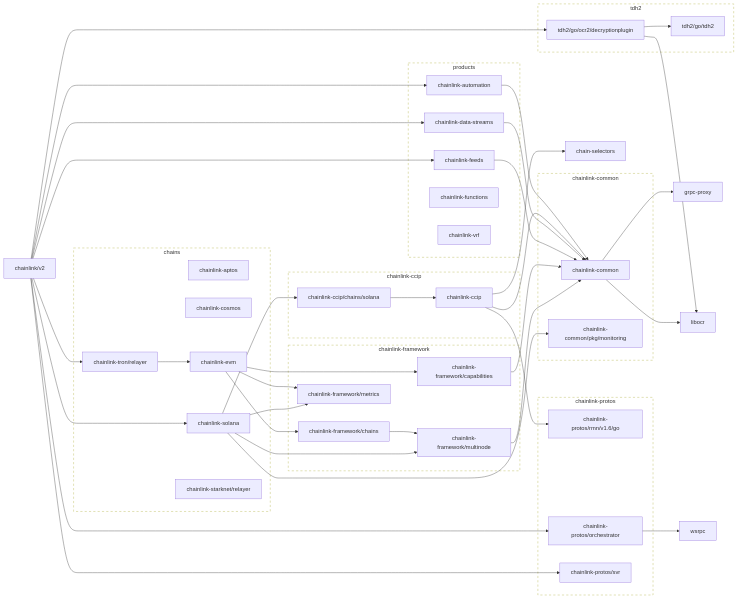
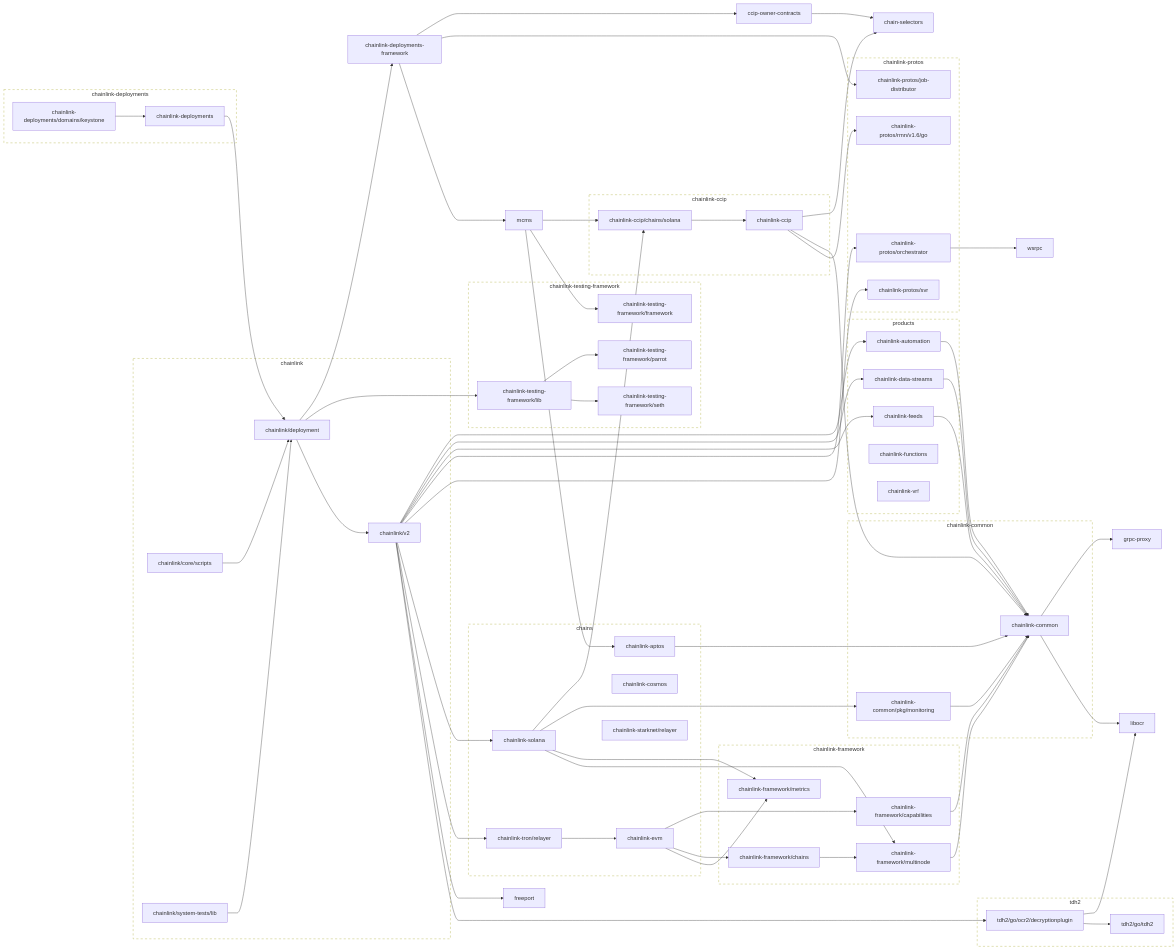
One commit to smartcontractkit/chainlink changed the first of 2 diagrams in go.md. Above: the diagram before and after it, drawn with Mermaid. The commit also changed other lines of this file and 15 other files, not shown here.

````diff
--- a/go.md
+++ b/go.md
@@ -22,8 +22,12 @@
   classDef group stroke-dasharray:6,fill:none;
   class chains,products group
 
+	ccip-owner-contracts --> chain-selectors
+	click ccip-owner-contracts href "https://github.com/smartcontractkit/ccip-owner-contracts"
 	chain-selectors
 	click chain-selectors href "https://github.com/smartcontractkit/chain-selectors"
+	chainlink-aptos --> chainlink-common
+	click chainlink-aptos href "https://github.com/smartcontractkit/chainlink-aptos"
 	chainlink-automation --> chainlink-common
 	click chainlink-automation href "https://github.com/smartcontractkit/chainlink-automation"
 	chainlink-ccip --> chain-selectors
@@ -35,10 +39,18 @@
 	chainlink-common --> grpc-proxy
 	chainlink-common --> libocr
 	click chainlink-common href "https://github.com/smartcontractkit/chainlink-common"
-	chainlink-common/pkg/monitoring
+	chainlink-common/pkg/monitoring --> chainlink-common
 	click chainlink-common/pkg/monitoring href "https://github.com/smartcontractkit/chainlink-common"
 	chainlink-data-streams --> chainlink-common
 	click chainlink-data-streams href "https://github.com/smartcontractkit/chainlink-data-streams"
+	chainlink-deployments --> chainlink/deployment
+	click chainlink-deployments href "https://github.com/smartcontractkit/chainlink-deployments"
+	chainlink-deployments-framework --> ccip-owner-contracts
+	chainlink-deployments-framework --> chainlink-protos/job-distributor
+	chainlink-deployments-framework --> mcms
+	click chainlink-deployments-framework href "https://github.com/smartcontractkit/chainlink-deployments-framework"
+	chainlink-deployments/domains/keystone --> chainlink-deployments
+	click chainlink-deployments/domains/keystone href "https://github.com/smartcontractkit/chainlink-deployments"
 	chainlink-evm --> chainlink-framework/capabilities
 	chainlink-evm --> chainlink-framework/chains
 	chainlink-evm --> chainlink-framework/metrics
@@ -53,6 +65,8 @@
 	click chainlink-framework/metrics href "https://github.com/smartcontractkit/chainlink-framework"
 	chainlink-framework/multinode --> chainlink-common
 	click chainlink-framework/multinode href "https://github.com/smartcontractkit/chainlink-framework"
+	chainlink-protos/job-distributor
+	click chainlink-protos/job-distributor href "https://github.com/smartcontractkit/chainlink-protos"
 	chainlink-protos/orchestrator --> wsrpc
 	click chainlink-protos/orchestrator href "https://github.com/smartcontractkit/chainlink-protos"
 	chainlink-protos/rmn/v1.6/go
@@ -64,8 +78,25 @@
 	chainlink-solana --> chainlink-framework/metrics
 	chainlink-solana --> chainlink-framework/multinode
 	click chainlink-solana href "https://github.com/smartcontractkit/chainlink-solana"
+	chainlink-testing-framework/framework
+	click chainlink-testing-framework/framework href "https://github.com/smartcontractkit/chainlink-testing-framework"
+	chainlink-testing-framework/lib --> chainlink-testing-framework/parrot
+	chainlink-testing-framework/lib --> chainlink-testing-framework/seth
+	click chainlink-testing-framework/lib href "https://github.com/smartcontractkit/chainlink-testing-framework"
+	chainlink-testing-framework/parrot
+	click chainlink-testing-framework/parrot href "https://github.com/smartcontractkit/chainlink-testing-framework"
+	chainlink-testing-framework/seth
+	click chainlink-testing-framework/seth href "https://github.com/smartcontractkit/chainlink-testing-framework"
 	chainlink-tron/relayer --> chainlink-evm
 	click chainlink-tron/relayer href "https://github.com/smartcontractkit/chainlink-tron"
+	chainlink/core/scripts --> chainlink/deployment
+	click chainlink/core/scripts href "https://github.com/smartcontractkit/chainlink"
+	chainlink/deployment --> chainlink-deployments-framework
+	chainlink/deployment --> chainlink-testing-framework/lib
+	chainlink/deployment --> chainlink/v2
+	click chainlink/deployment href "https://github.com/smartcontractkit/chainlink"
+	chainlink/system-tests/lib --> chainlink/deployment
+	click chainlink/system-tests/lib href "https://github.com/smartcontractkit/chainlink"
 	chainlink/v2 --> chainlink-automation
 	chainlink/v2 --> chainlink-data-streams
 	chainlink/v2 --> chainlink-feeds
@@ -73,12 +104,19 @@
 	chainlink/v2 --> chainlink-protos/svr
 	chainlink/v2 --> chainlink-solana
 	chainlink/v2 --> chainlink-tron/relayer
+	chainlink/v2 --> freeport
 	chainlink/v2 --> tdh2/go/ocr2/decryptionplugin
 	click chainlink/v2 href "https://github.com/smartcontractkit/chainlink"
+	freeport
+	click freeport href "https://github.com/smartcontractkit/freeport"
 	grpc-proxy
 	click grpc-proxy href "https://github.com/smartcontractkit/grpc-proxy"
 	libocr
 	click libocr href "https://github.com/smartcontractkit/libocr"
+	mcms --> chainlink-aptos
+	mcms --> chainlink-ccip/chains/solana
+	mcms --> chainlink-testing-framework/framework
+	click mcms href "https://github.com/smartcontractkit/mcms"
 	tdh2/go/ocr2/decryptionplugin --> libocr
 	tdh2/go/ocr2/decryptionplugin --> tdh2/go/tdh2
 	click tdh2/go/ocr2/decryptionplugin href "https://github.com/smartcontractkit/tdh2"
@@ -86,6 +124,14 @@
 	click tdh2/go/tdh2 href "https://github.com/smartcontractkit/tdh2"
 	wsrpc
 	click wsrpc href "https://github.com/smartcontractkit/wsrpc"
+
+	subgraph chainlink-repo[chainlink]
+		 chainlink/core/scripts
+		 chainlink/deployment
+		 chainlink/system-tests/lib
+		 chainlink/v2
+	end
+	click chainlink-repo href "https://github.com/smartcontractkit/chainlink"
 
 	subgraph chainlink-ccip-repo[chainlink-ccip]
 		 chainlink-ccip
@@ -99,6 +145,12 @@
 	end
 	click chainlink-common-repo href "https://github.com/smartcontractkit/chainlink-common"
 
+	subgraph chainlink-deployments-repo[chainlink-deployments]
+		 chainlink-deployments
+		 chainlink-deployments/domains/keystone
+	end
+	click chainlink-deployments-repo href "https://github.com/smartcontractkit/chainlink-deployments"
+
 	subgraph chainlink-framework-repo[chainlink-framework]
 		 chainlink-framework/capabilities
 		 chainlink-framework/chains
@@ -108,11 +160,20 @@
 	click chainlink-framework-repo href "https://github.com/smartcontractkit/chainlink-framework"
 
 	subgraph chainlink-protos-repo[chainlink-protos]
+		 chainlink-protos/job-distributor
 		 chainlink-protos/orchestrator
 		 chainlink-protos/rmn/v1.6/go
 		 chainlink-protos/svr
 	end
 	click chainlink-protos-repo href "https://github.com/smartcontractkit/chainlink-protos"
+
+	subgraph chainlink-testing-framework-repo[chainlink-testing-framework]
+		 chainlink-testing-framework/framework
+		 chainlink-testing-framework/lib
+		 chainlink-testing-framework/parrot
+		 chainlink-testing-framework/seth
+	end
+	click chainlink-testing-framework-repo href "https://github.com/smartcontractkit/chainlink-testing-framework"
 
 	subgraph tdh2-repo[tdh2]
 		 tdh2/go/ocr2/decryptionplugin
@@ -121,5 +182,5 @@
 	click tdh2-repo href "https://github.com/smartcontractkit/tdh2"
 
 	classDef outline stroke-dasharray:6,fill:none;
-	class chainlink-ccip-repo,chainlink-common-repo,chainlink-framework-repo,chainlink-protos-repo,tdh2-repo outline
+	class chainlink-repo,chainlink-ccip-repo,chainlink-common-repo,chainlink-deployments-repo,chainlink-framework-repo,chainlink-protos-repo,chainlink-testing-framework-repo,tdh2-repo outline
 ```
````
